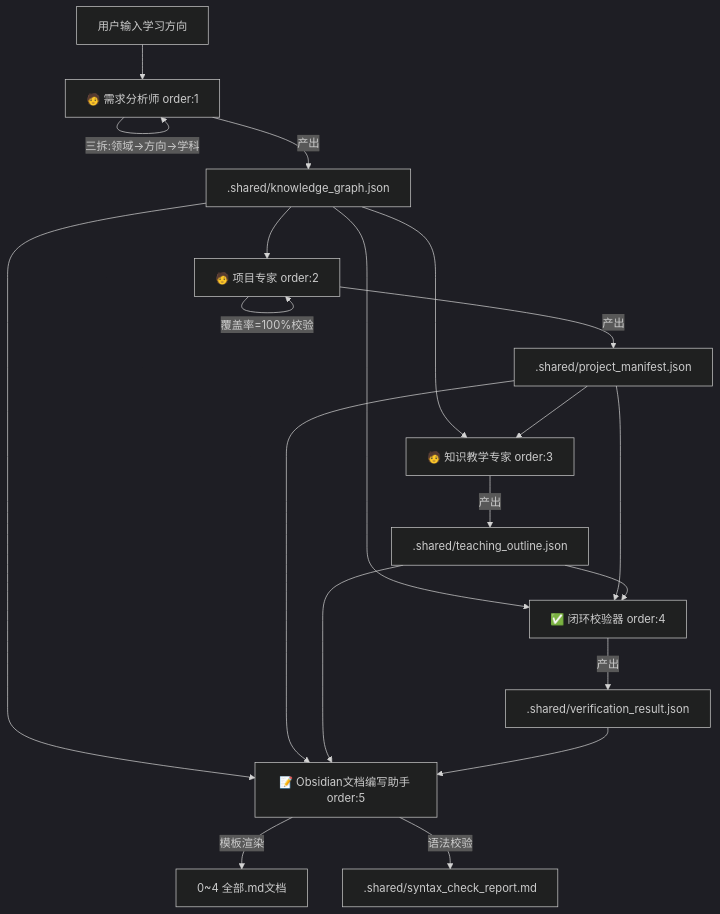
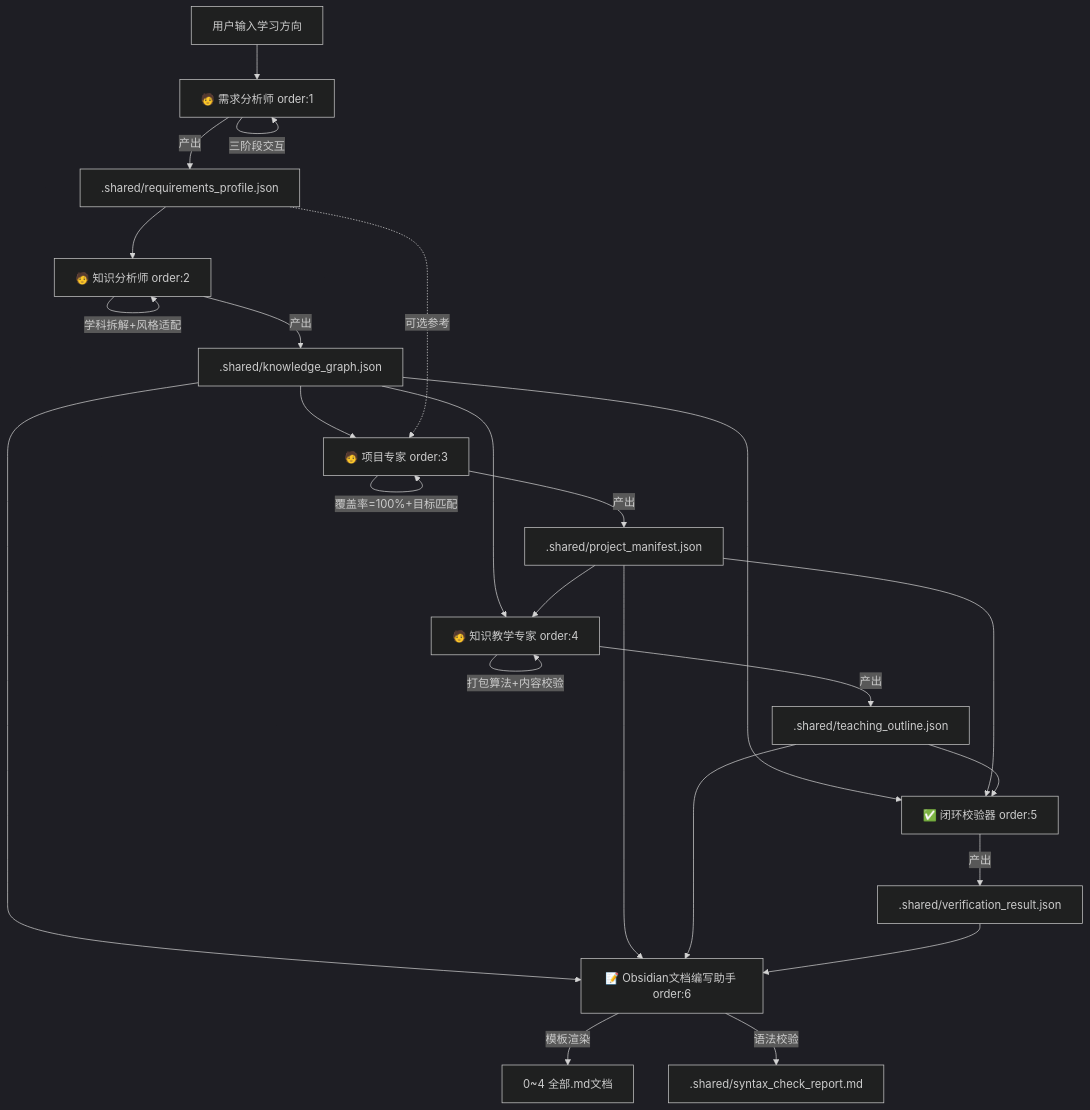
The diagram in README.md (LiuYuanSong753/KnowledgeEngineOrchestrator), drawn with Mermaid (dark theme) before and after one commit. The commit also changed other lines of this file and 16 other files, not shown here.

````diff
--- a/README.md
+++ b/README.md
@@ -48,26 +49,32 @@
 ```mermaid
 flowchart TD
     A[用户输入学习方向] --> B[🧑 需求分析师 order:1]
-    B -->|三拆:领域→方向→学科| B
-    B -->|产出| D[.shared/knowledge_graph.json]
+    B -->|三阶段交互| B
+    B -->|产出| R[.shared/requirements_profile.json]
     
-    D --> E[🧑 项目专家 order:2]
-    E -->|覆盖率=100%校验| E
+    R --> C[🧑 知识分析师 order:2]
+    C -->|学科拆解+风格适配| C
+    C -->|产出| D[.shared/knowledge_graph.json]
+    
+    D --> E[🧑 项目专家 order:3]
+    R -.->|可选参考| E
+    E -->|覆盖率=100%+目标匹配| E
     E -->|产出| F[.shared/project_manifest.json]
     
-    D --> G[🧑 知识教学专家 order:3]
+    D --> G[🧑 知识教学专家 order:4]
     F --> G
+    G -->|打包算法+内容校验| G
     G -->|产出| H[.shared/teaching_outline.json]
     
-    D --> I[✅ 闭环校验器 order:4]
+    D --> I[✅ 闭环校验器 order:5]
     F --> I
     H --> I
     I -->|产出| J[.shared/verification_result.json]
     
-    D --> K[📝 Obsidian文档编写助手 order:5]
+    D --> K[📝 Obsidian文档编写助手 order:6]
     F --> K
     H --> K
     J --> K
     K -->|模板渲染| L[0~4 全部.md文档]
     K -->|语法校验| M[.shared/syntax_check_report.md]
 ```
````
